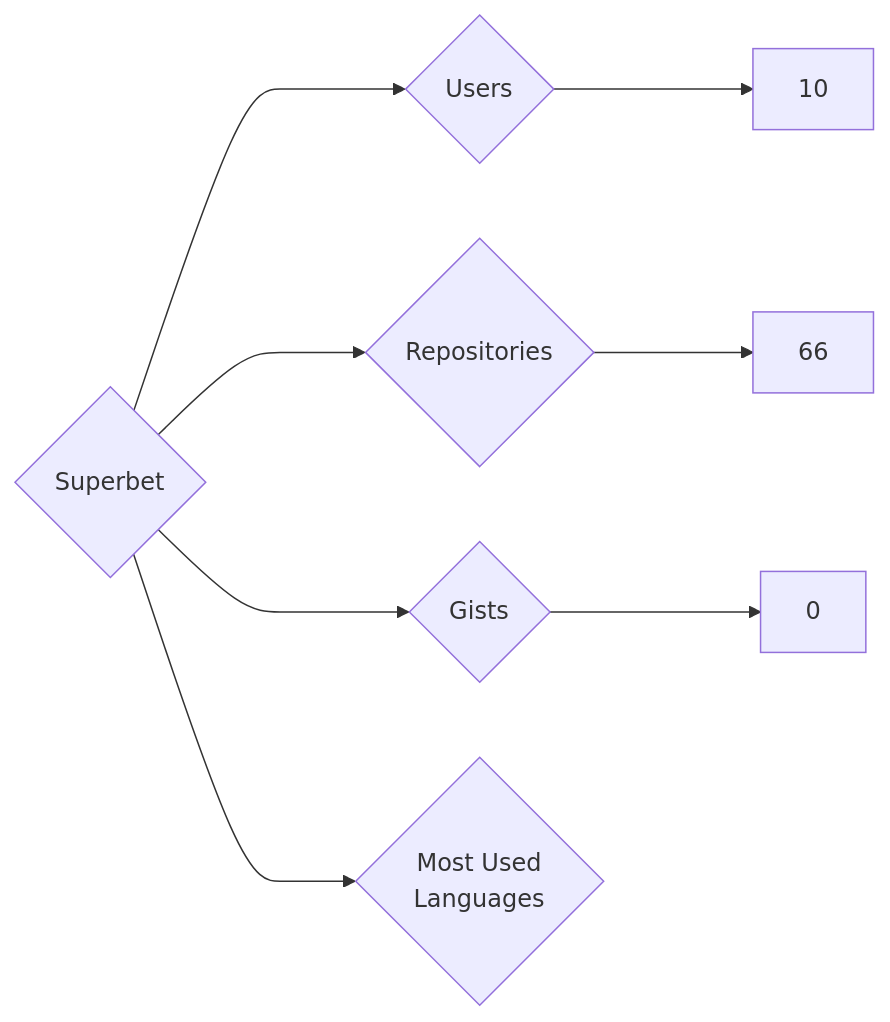
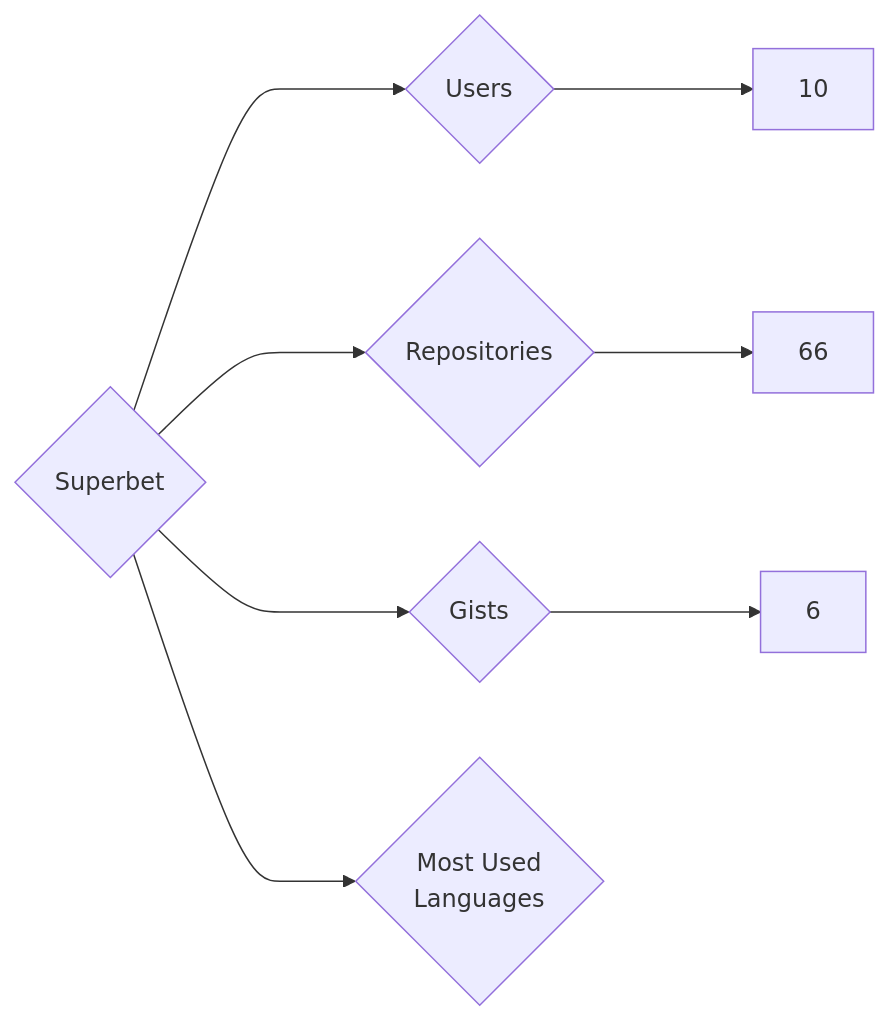
The diagram in targets/Superbet/README.md (nenadzaric/insiders), drawn with Mermaid before and after one commit. The commit also changed 1342 other files, not shown here.

````diff
--- a/targets/Superbet/README.md
+++ b/targets/Superbet/README.md
@@ -3,8 +3,8 @@
 ```mermaid
 graph LR
 COMPANY_NAME{Superbet}
 COMPANY_NAME ---> U{Users} ---> UN[10]
 COMPANY_NAME ---> R{Repositories} ---> RN[66]
-COMPANY_NAME ---> G{Gists} ---> GN[0]
+COMPANY_NAME ---> G{Gists} ---> GN[6]
 COMPANY_NAME ---> ML{Most Used<br>Languages}
 ```
````
